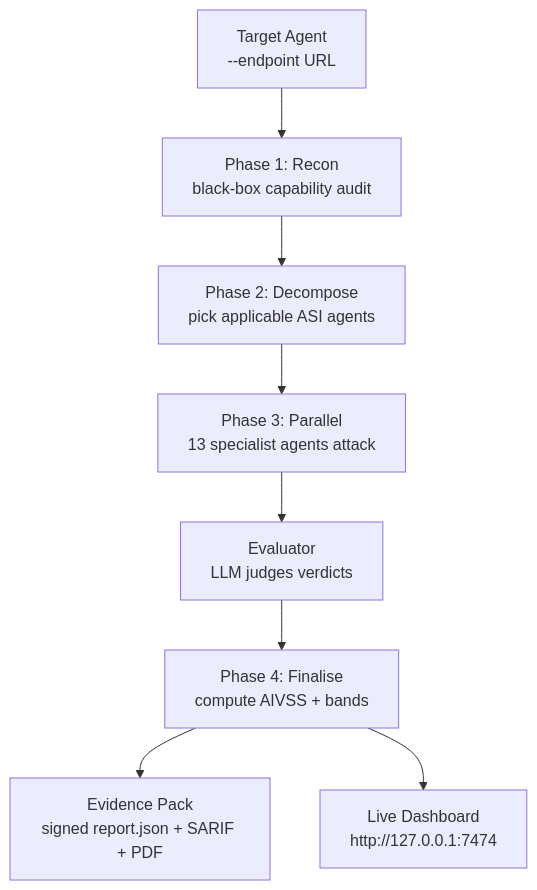
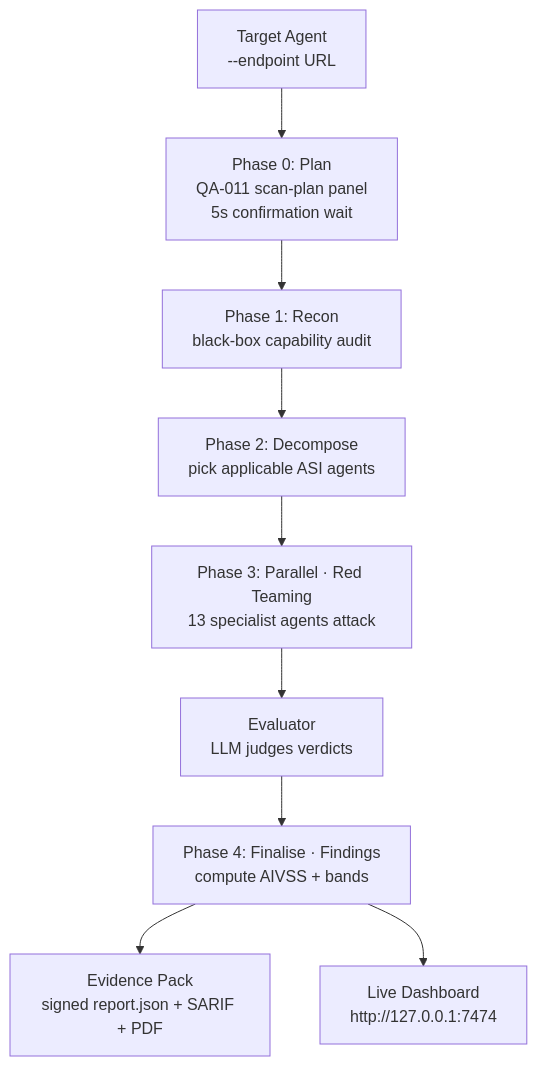
One commit to glacien-technologies/agent-guardian changed the diagram in docs/how-it-works.mdx. Above: the diagram before and after it, drawn with Mermaid. The commit also changed other lines of this file and 28 other files, not shown here.

First line of the commit message:
feat(cli): unified scan-execution narrative -- Plan -> Recon ->  Red Team -> Findings (close QA-010/011/012)

````diff
--- a/docs/how-it-works.mdx
+++ b/docs/how-it-works.mdx
@@ -30,10 +30,11 @@
 ```mermaid
 flowchart TD
-    A[Target Agent<br/>--endpoint URL] --> B[Phase 1: Recon<br/>black-box capability audit]
+    A[Target Agent<br/>--endpoint URL] --> P0[Phase 0: Plan<br/>QA-011 scan-plan panel<br/>5s confirmation wait]
+    P0 --> B[Phase 1: Recon<br/>black-box capability audit]
     B --> C[Phase 2: Decompose<br/>pick applicable ASI agents]
-    C --> D[Phase 3: Parallel<br/>13 specialist agents attack]
+    C --> D[Phase 3: Parallel · Red Teaming<br/>13 specialist agents attack]
     D --> E[Evaluator<br/>LLM judges verdicts]
-    E --> F[Phase 4: Finalise<br/>compute AIVSS + bands]
+    E --> F[Phase 4: Finalise · Findings<br/>compute AIVSS + bands]
     F --> G[Evidence Pack<br/>signed report.json + SARIF + PDF]
     F --> H[Live Dashboard<br/>http://127.0.0.1:7474]
 ```
````
